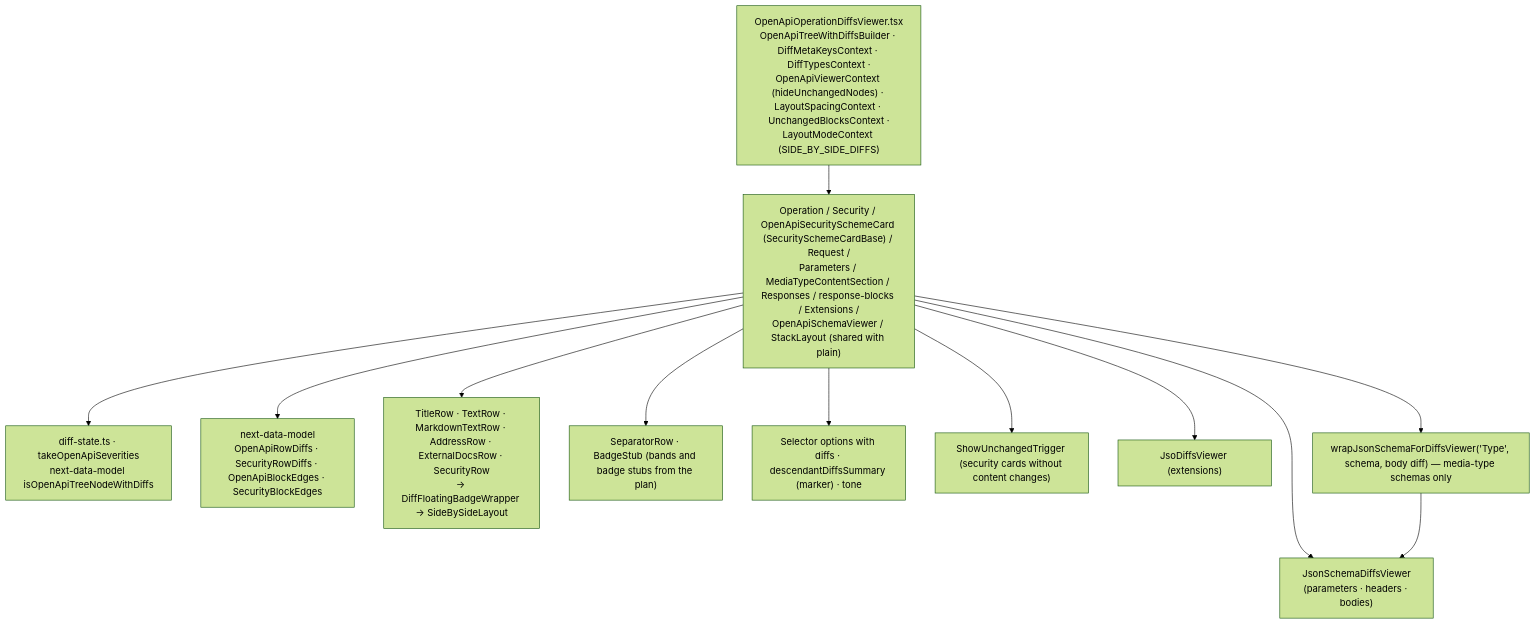
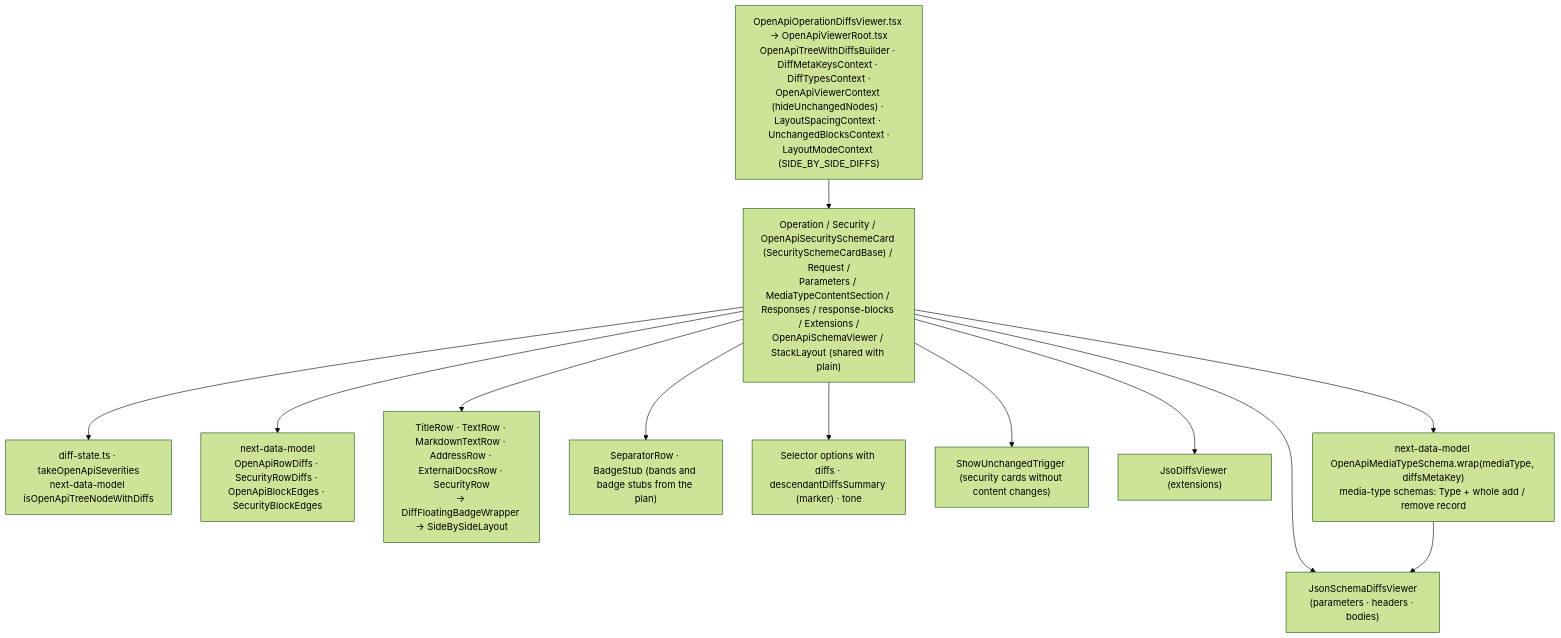
Before and after one commit to Netcracker/qubership-apihub-api-doc-viewer: the diagram in docs/design/openapi/architecture/viewer-with-diffs.md, drawn with Mermaid (forest theme). The commit also changed 9 other files, not shown here.

````diff
--- a/docs/design/openapi/architecture/viewer-with-diffs.md
+++ b/docs/design/openapi/architecture/viewer-with-diffs.md
@@ -14,26 +14,26 @@
 ```mermaid
 flowchart TB
-  RootD["OpenApiOperationDiffsViewer.tsx<br/>OpenApiTreeWithDiffsBuilder · DiffMetaKeysContext · DiffTypesContext ·<br/>OpenApiViewerContext (hideUnchangedNodes) · LayoutSpacingContext · UnchangedBlocksContext ·<br/>LayoutModeContext (SIDE_BY_SIDE_DIFFS)"]
+  RootD["OpenApiOperationDiffsViewer.tsx → OpenApiViewerRoot.tsx<br/>OpenApiTreeWithDiffsBuilder · DiffMetaKeysContext · DiffTypesContext ·<br/>OpenApiViewerContext (hideUnchangedNodes) · LayoutSpacingContext · UnchangedBlocksContext ·<br/>LayoutModeContext (SIDE_BY_SIDE_DIFFS)"]
   Containers["Operation / Security / OpenApiSecuritySchemeCard (SecuritySchemeCardBase) / Request /<br/>Parameters / MediaTypeContentSection / Responses / response-blocks / Extensions /<br/>OpenApiSchemaViewer / StackLayout (shared with plain)"]
   DiffState["diff-state.ts · takeOpenApiSeverities<br/>next-data-model isOpenApiTreeNodeWithDiffs"]
   RowDiffs["next-data-model<br/>OpenApiRowDiffs · SecurityRowDiffs · OpenApiBlockEdges · SecurityBlockEdges"]
   Rows["TitleRow · TextRow · MarkdownTextRow · AddressRow · ExternalDocsRow · SecurityRow<br/>→ DiffFloatingBadgeWrapper → SideBySideLayout"]
   Separators["SeparatorRow · BadgeStub (bands and badge stubs from the plan)"]
   Selectors["Selector options with diffs · descendantDiffsSummary (marker) · tone"]
   Hiding["ShowUnchangedTrigger (security cards without content changes)"]
   JsonSchemaD["JsonSchemaDiffsViewer<br/>(parameters · headers · bodies)"]
   JsoD["JsoDiffsViewer (extensions)"]
-  Wrap["wrapJsonSchemaForDiffsViewer('Type', schema, body diff) — media-type schemas only"]
+  Wrap["next-data-model OpenApiMediaTypeSchema.wrap(mediaType, diffsMetaKey)<br/>media-type schemas: Type + whole add / remove record"]
 
   RootD --> Containers
   Containers --> DiffState
   Containers --> RowDiffs
   Containers --> Rows
   Containers --> Separators
   Containers --> Selectors
   Containers --> Hiding
   Containers --> Wrap
   Containers --> JsonSchemaD
   Wrap --> JsonSchemaD
   Containers --> JsoD
 ```
````
